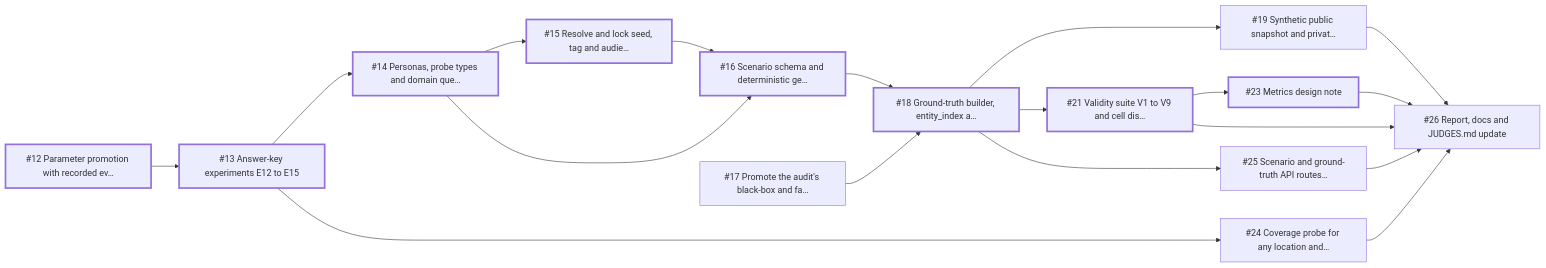
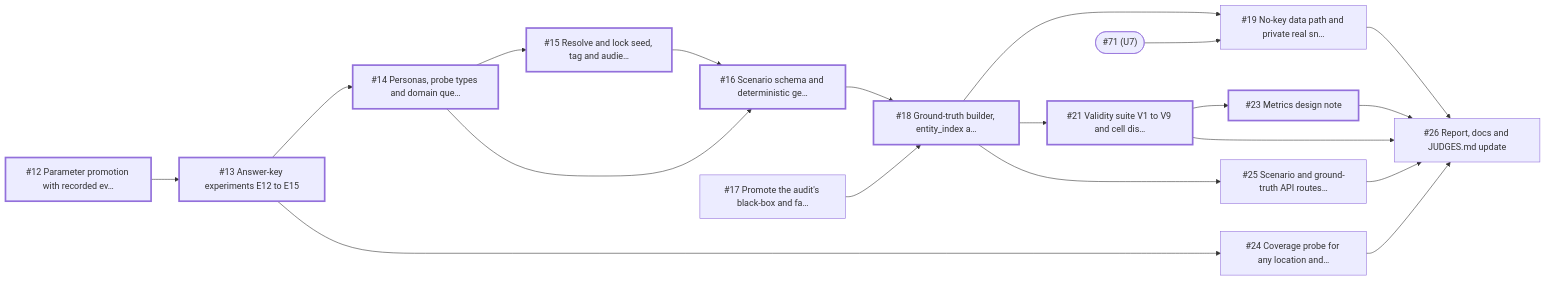
The third of 9 diagrams in docs/issues-guide.md (nexuszephyr/Blindspot), drawn with Mermaid before and after one commit. The commit also changed other lines of this file and 5 other files, not shown here.

````diff
--- a/docs/issues-guide.md
+++ b/docs/issues-guide.md
@@ -199,35 +206,37 @@
 ```mermaid
 flowchart LR
     P2_2["#12 Parameter promotion with recorded ev…"]
     P2_3["#13 Answer-key experiments E12 to E15"]
     P2_4["#14 Personas, probe types and domain que…"]
     P2_5["#15 Resolve and lock seed, tag and audie…"]
     P2_6["#16 Scenario schema and deterministic ge…"]
     P2_1["#17 Promote the audit's black-box and fa…"]
     P2_7["#18 Ground-truth builder, entity_index a…"]
-    P2_12["#19 Synthetic public snapshot and privat…"]
+    P2_12["#19 No-key data path and private real sn…"]
     P2_8["#21 Validity suite V1 to V9 and cell dis…"]
     P2_9["#23 Metrics design note"]
     P2_10["#24 Coverage probe for any location and…"]
     P2_11["#25 Scenario and ground-truth API routes…"]
     P2_13["#26 Report, docs and JUDGES.md update"]
+    U7(["#71 (U7)"])
     P2_2 --> P2_3
     P2_3 --> P2_4
     P2_4 --> P2_5
     P2_4 --> P2_6
     P2_5 --> P2_6
     P2_6 --> P2_7
     P2_1 --> P2_7
     P2_7 --> P2_12
+    U7 --> P2_12
     P2_7 --> P2_8
     P2_8 --> P2_9
     P2_3 --> P2_10
     P2_7 --> P2_11
     P2_8 --> P2_13
     P2_9 --> P2_13
     P2_10 --> P2_13
     P2_11 --> P2_13
     P2_12 --> P2_13
     classDef crit stroke-width:3px
     class P2_2,P2_3,P2_4,P2_5,P2_6,P2_7,P2_8,P2_9 crit
 ```
````
